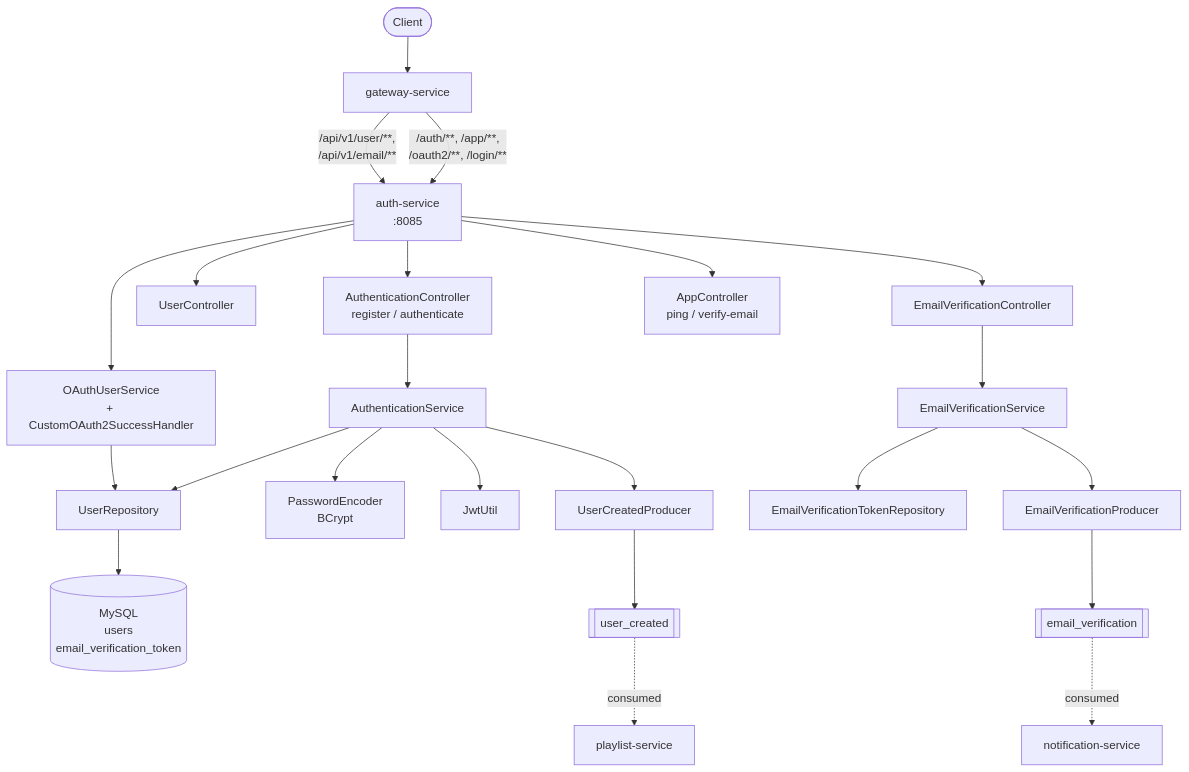
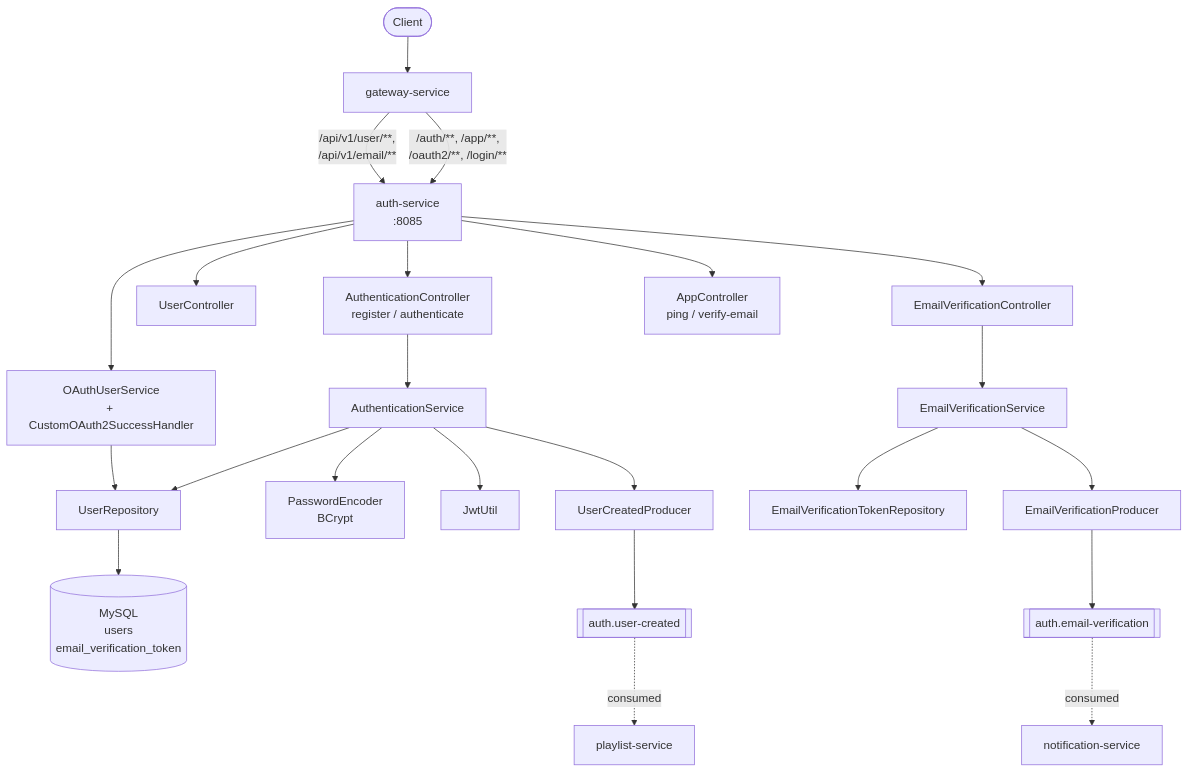
Before and after one commit to harshithrao07/cadence: the first of 4 diagrams in auth-service/README.md, drawn with Mermaid. The commit also changed other lines of this file and 58 other files, not shown here.

````diff
--- a/auth-service/README.md
+++ b/auth-service/README.md
@@ -16,33 +16,33 @@
 ```mermaid
 flowchart TB
     client([Client]) --> gw[gateway-service]
 
     gw -->|/auth/**, /app/**,<br/>/oauth2/**, /login/**| auth[auth-service<br/>:8085]
     gw -->|/api/v1/user/**,<br/>/api/v1/email/**| auth
 
     auth --> ac[AuthenticationController<br/>register / authenticate]
     auth --> uc[UserController]
     auth --> evc[EmailVerificationController]
     auth --> appc[AppController<br/>ping / verify-email]
 
     ac --> as[AuthenticationService]
     as --> ur[UserRepository]
     as --> pe[PasswordEncoder<br/>BCrypt]
     as --> jwt[JwtUtil]
     as --> ucp[UserCreatedProducer]
 
     evc --> evs[EmailVerificationService]
     evs --> evtr[EmailVerificationTokenRepository]
     evs --> evp[EmailVerificationProducer]
 
     auth --> oauth[OAuthUserService<br/>+ CustomOAuth2SuccessHandler]
     oauth --> ur
 
     ur --> mysql[(MySQL<br/>users<br/>email_verification_token)]
 
-    ucp --> kuc[[user_created]]
-    evp --> kev[[email_verification]]
+    ucp --> kuc[[auth.user-created]]
+    evp --> kev[[auth.email-verification]]
 
     kuc -.consumed.-> playlist[playlist-service]
     kev -.consumed.-> notif[notification-service]
 ```
````
